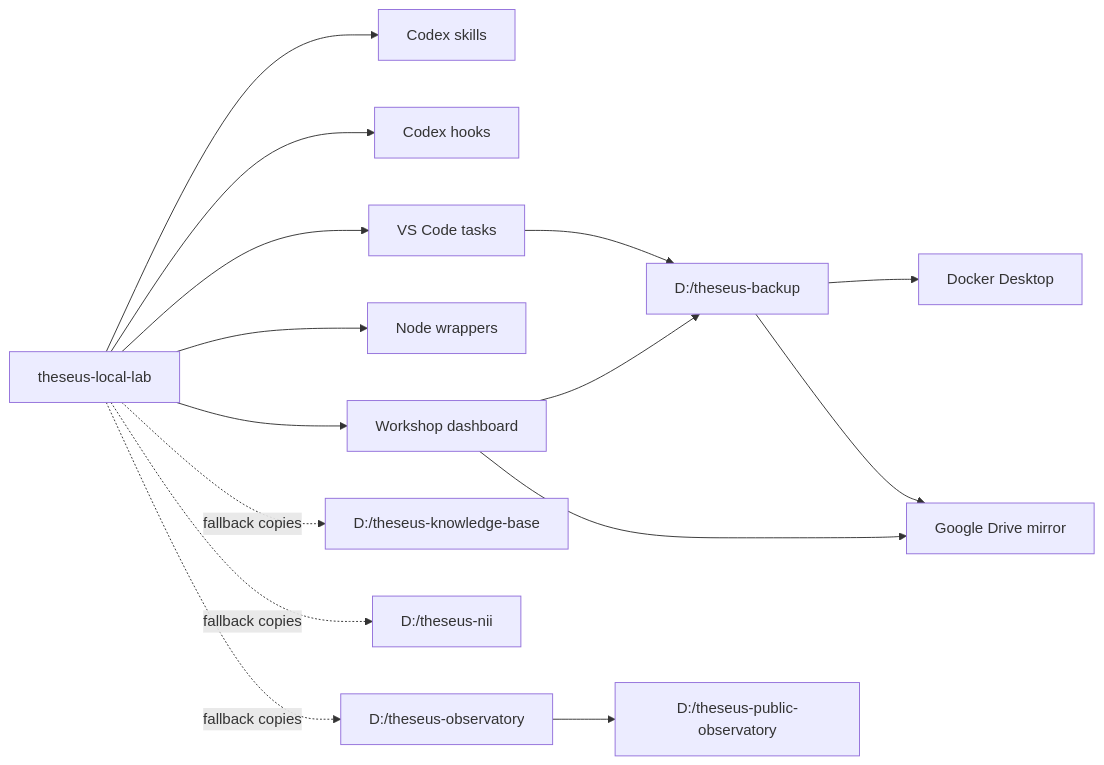
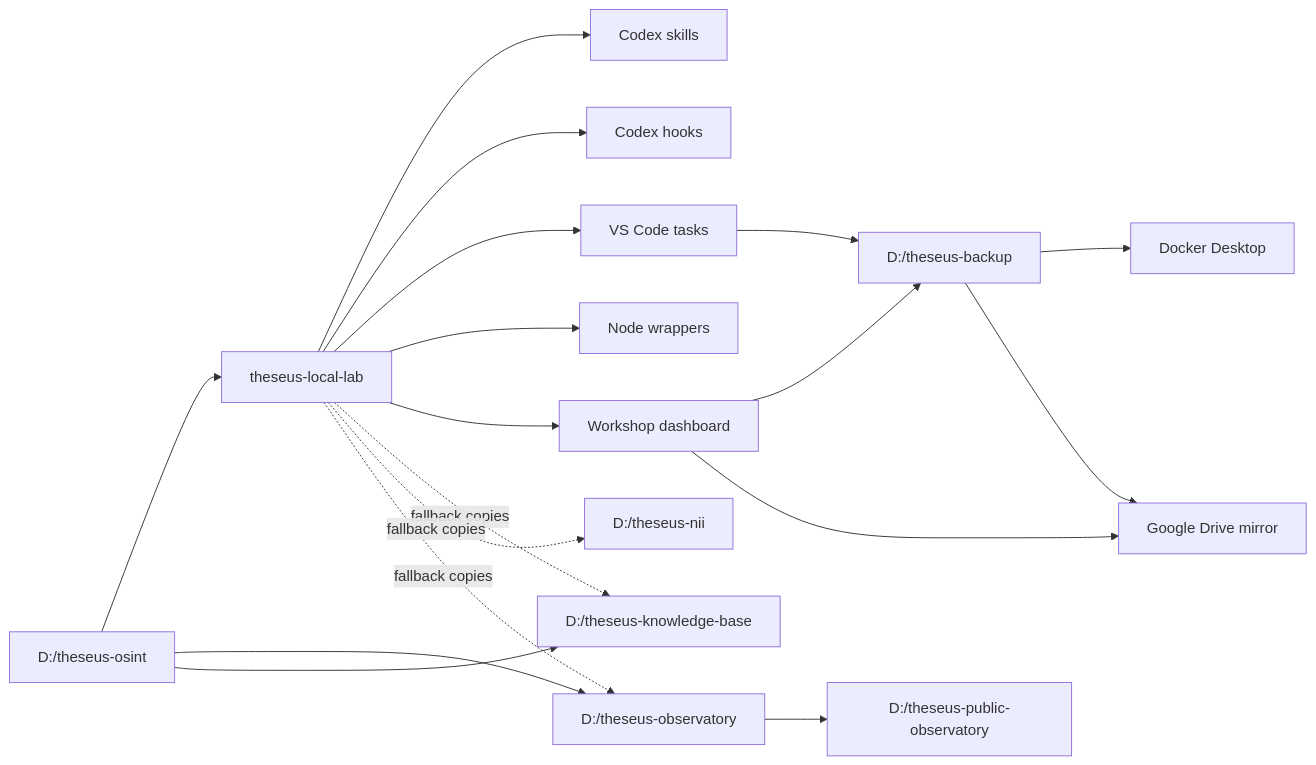
The diagram in docs/plans/project_split_graph_audit.md (TeaShaman-cyber/theseus-local-lab), drawn with Mermaid before and after one commit. The commit also changed other lines of this file, not shown here.

Commit message:
Add OSINT project to split map

````diff
--- a/docs/plans/project_split_graph_audit.md
+++ b/docs/plans/project_split_graph_audit.md
@@ -18,31 +19,35 @@
 ```mermaid
 flowchart LR
   Lab["theseus-local-lab"]
   Backup["D:/theseus-backup"]
   KB["D:/theseus-knowledge-base"]
   NII["D:/theseus-nii"]
   Obs["D:/theseus-observatory"]
   PubObs["D:/theseus-public-observatory"]
+  OSINT["D:/theseus-osint"]
   Drive["Google Drive mirror"]
   Docker["Docker Desktop"]
   Tasks["VS Code tasks"]
   Wrappers["Node wrappers"]
   Dashboard["Workshop dashboard"]
   Skills["Codex skills"]
   Hooks["Codex hooks"]
 
   Lab --> Skills
   Lab --> Hooks
   Lab --> Tasks
   Lab --> Wrappers
   Lab --> Dashboard
   Tasks --> Backup
   Dashboard --> Backup
   Dashboard --> Drive
   Backup --> Docker
   Backup --> Drive
   Lab -. fallback copies .-> KB
   Lab -. fallback copies .-> NII
   Lab -. fallback copies .-> Obs
   Obs --> PubObs
+  OSINT --> Lab
+  OSINT --> Obs
+  OSINT --> KB
 ```
````
